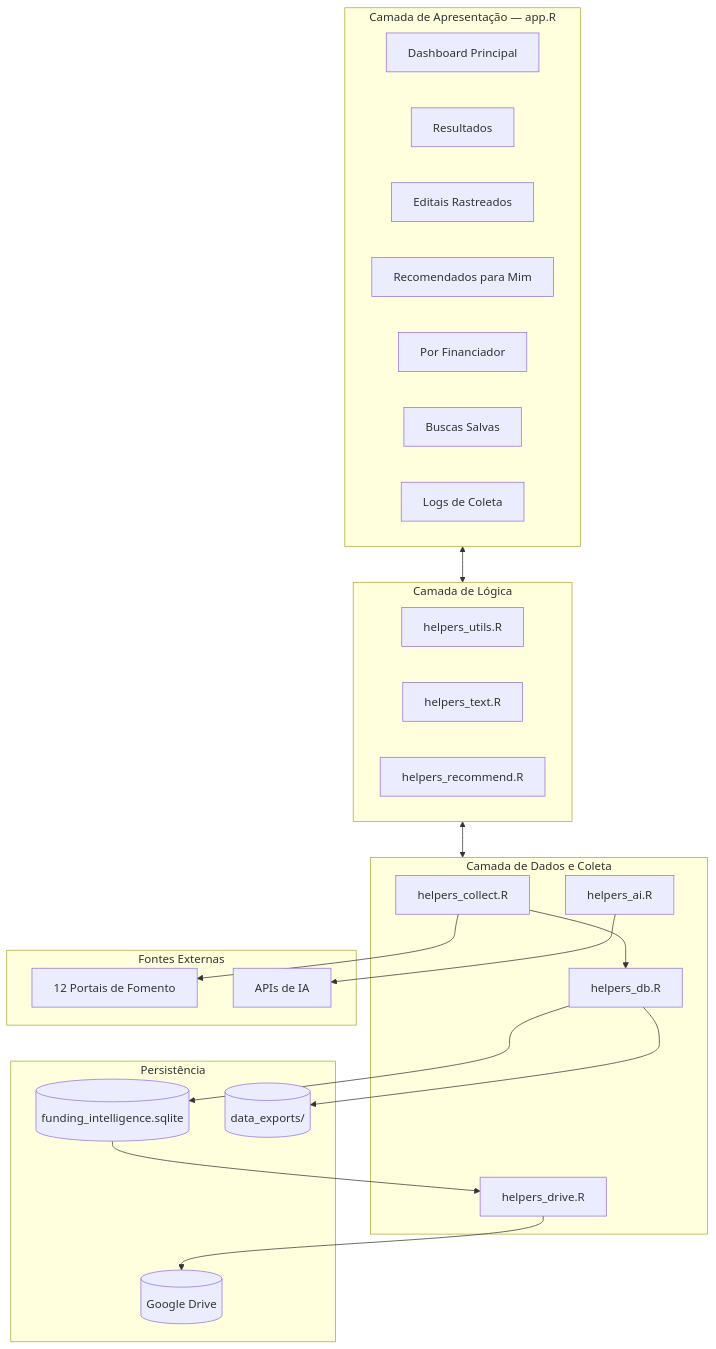
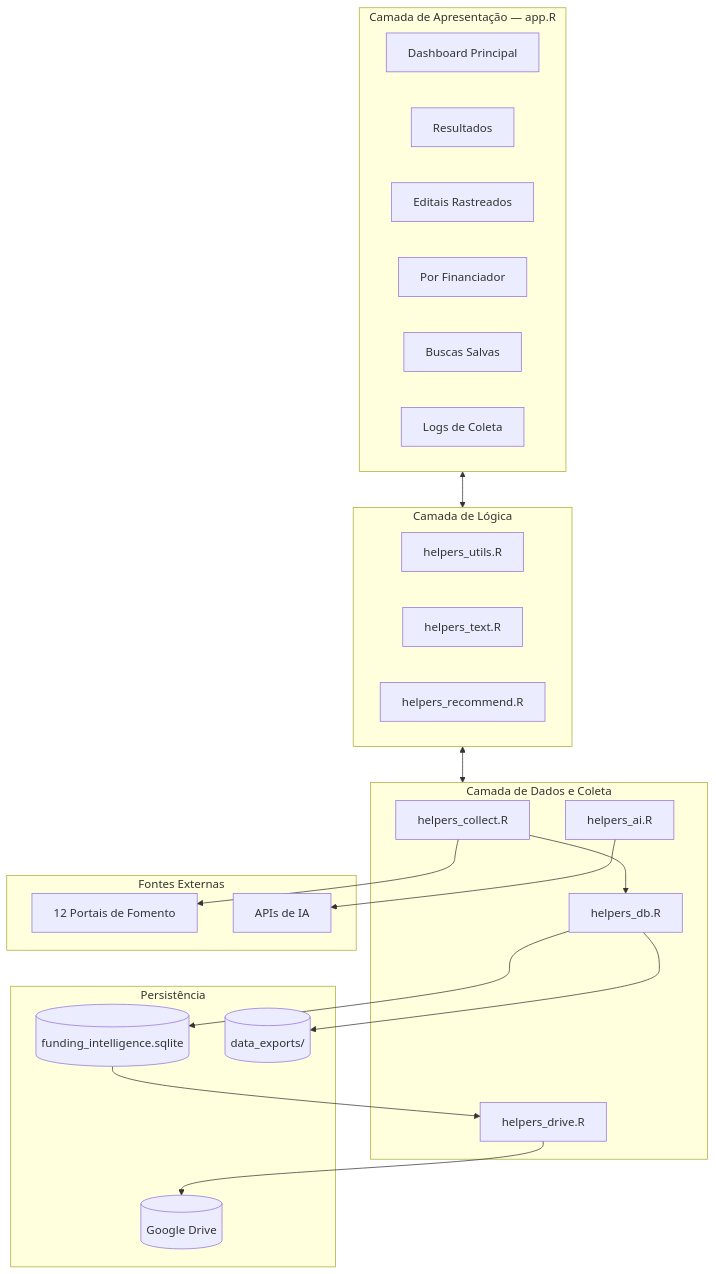
Before and after one commit to NEI-Senai-Cimatec/funding_intelligence: the diagram in README.md, drawn with Mermaid. The commit also changed other lines of this file and 1 other file, not shown here.

Commit message:
update: oculta recomendados para mim, remove exportação card

````diff
--- a/README.md
+++ b/README.md
@@ -71,46 +71,45 @@
 ```mermaid
 flowchart TD
     subgraph UI [Camada de Apresentação — app.R]
         Dashboard[Dashboard Principal]
         TabResultados[Resultados]
         TabRastreados[Editais Rastreados]
-        TabRecomendados[Recomendados para Mim]
         TabFinanciador[Por Financiador]
         TabBuscas[Buscas Salvas]
         TabLogs[Logs de Coleta]
     end
 
     subgraph Core [Camada de Lógica]
         Utils[helpers_utils.R]
         TextSearch[helpers_text.R]
         Recommend[helpers_recommend.R]
     end
 
     subgraph Data [Camada de Dados e Coleta]
         Collect[helpers_collect.R]
         DB[helpers_db.R]
         AI[helpers_ai.R]
         Drive[helpers_drive.R]
     end
 
     subgraph Storage [Persistência]
         SQLite[(funding_intelligence.sqlite)]
         GDrive[(Google Drive)]
         Exports[(data_exports/)]
     end
 
     subgraph External [Fontes Externas]
         Fontes[12 Portais de Fomento]
         LLMAPIs[APIs de IA]
     end
 
     UI <--> Core
     Core <--> Data
     Collect --> Fontes
     AI --> LLMAPIs
     DB --> SQLite
     Drive --> GDrive
     Collect --> DB
     DB --> Exports
     SQLite --> Drive
 ```
````
